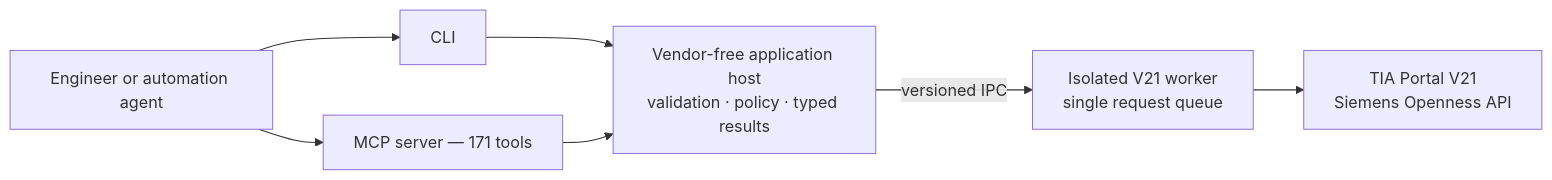
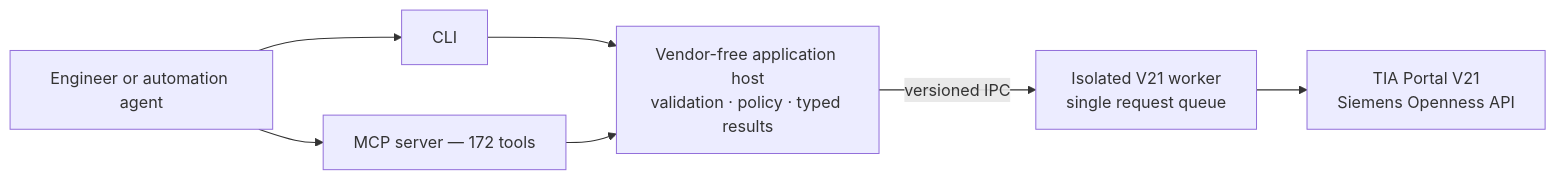
Before and after one commit to mistik91/OpenTiaToolkit: the diagram in README.md, drawn with Mermaid. The commit also changed other lines of this file and 45 other files, not shown here.

````diff
--- a/README.md
+++ b/README.md
@@ -61,16 +61,16 @@
 ```mermaid
 flowchart LR
     U["Engineer or automation agent"]
     CLI["CLI"]
-    MCP["MCP server — 171 tools"]
+    MCP["MCP server — 172 tools"]
     APP["Vendor-free application host<br/>validation · policy · typed results"]
     W["Isolated V21 worker<br/>single request queue"]
     TIA["TIA Portal V21<br/>Siemens Openness API"]
 
     U --> CLI
     U --> MCP
     CLI --> APP
     MCP --> APP
     APP -->|"versioned IPC"| W
     W --> TIA
 ```
````
